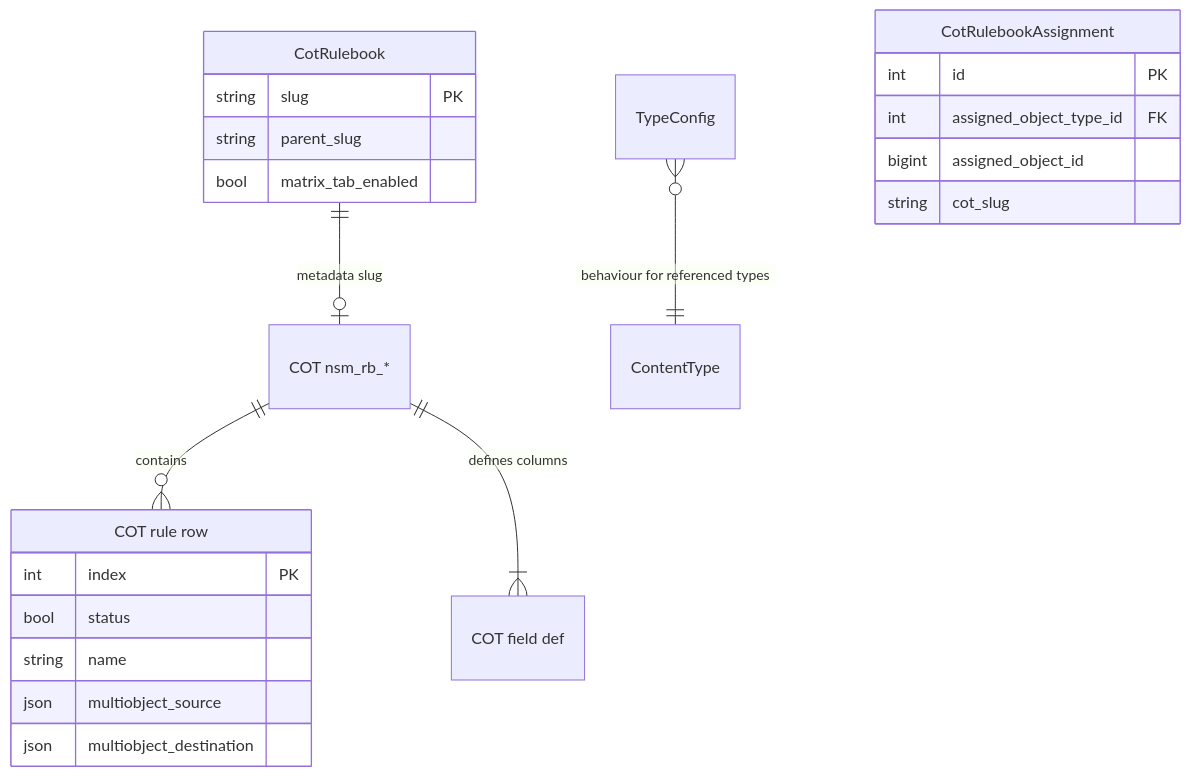
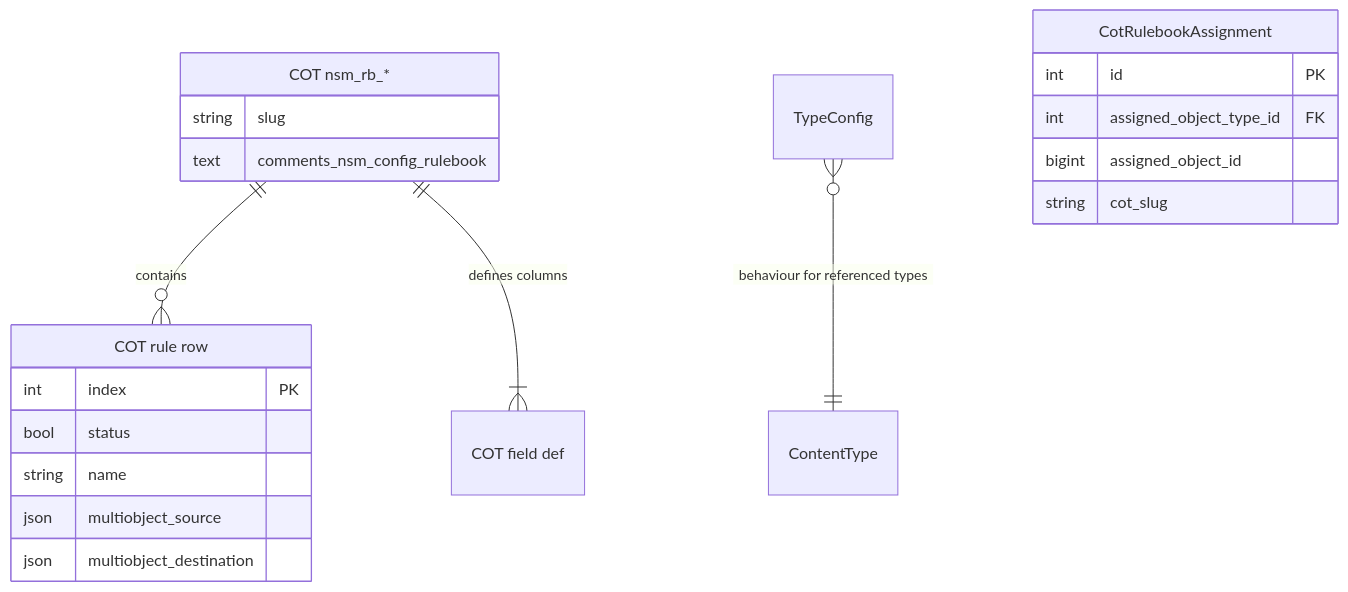
The second of 5 diagrams in docs/RULE_DATA_STORAGE.md (christianbur/netbox-nsm), drawn with Mermaid before and after one commit. The commit also changed other lines of this file and 37 other files, not shown here.

First line of the commit message:
Release v0.4.1: row grouping tabs and CotRulebook nsm_config migration.

````diff
--- a/docs/RULE_DATA_STORAGE.md
+++ b/docs/RULE_DATA_STORAGE.md
@@ -65,28 +65,26 @@
 ```mermaid
 erDiagram
-    CotRulebook ||--o| "COT nsm_rb_*" : "metadata slug"
     "COT nsm_rb_*" ||--o{ "COT rule row" : "contains"
     "COT nsm_rb_*" ||--|{ "COT field def" : "defines columns"
     TypeConfig }o--|| ContentType : "behaviour for referenced types"
 
     "COT rule row" {
         int index PK
         bool status
         string name
         json multiobject_source
         json multiobject_destination
     }
 
-    CotRulebook {
-        string slug PK
-        string parent_slug
-        bool matrix_tab_enabled
+    "COT nsm_rb_*" {
+        string slug
+        text comments_nsm_config_rulebook
     }
 
     CotRulebookAssignment {
         int id PK
         int assigned_object_type_id FK
         bigint assigned_object_id
         string cot_slug
     }
 ```
````
